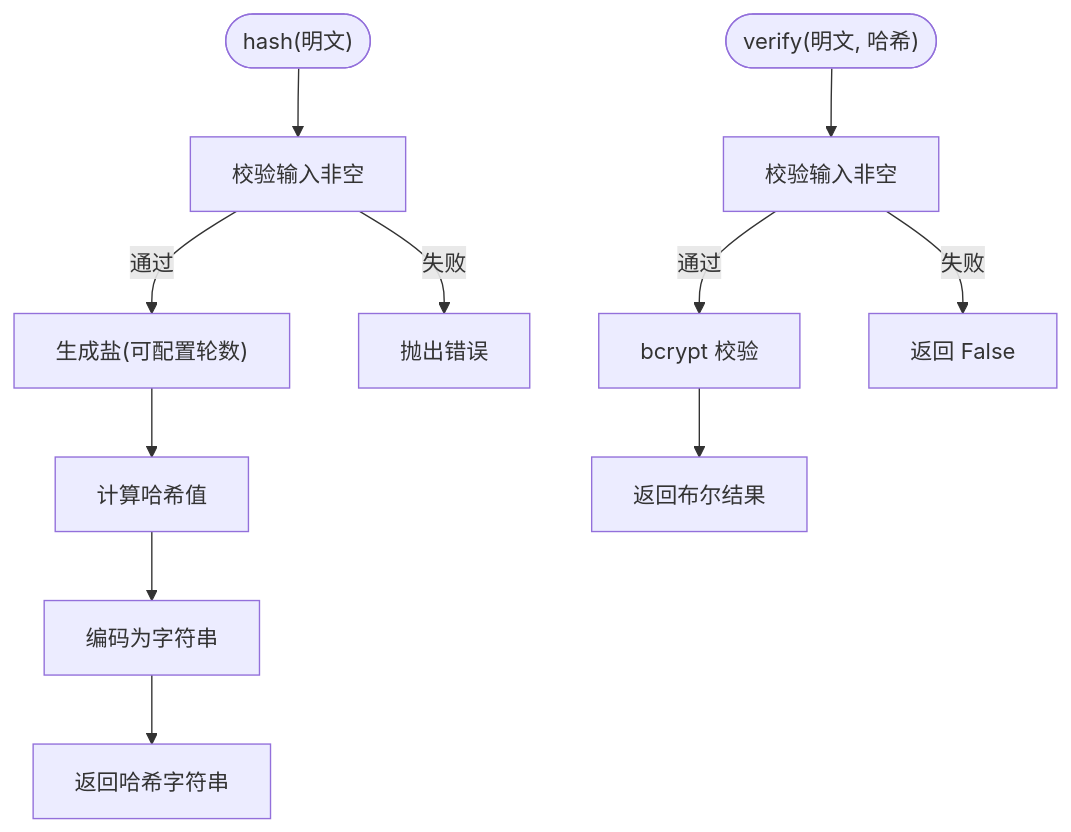
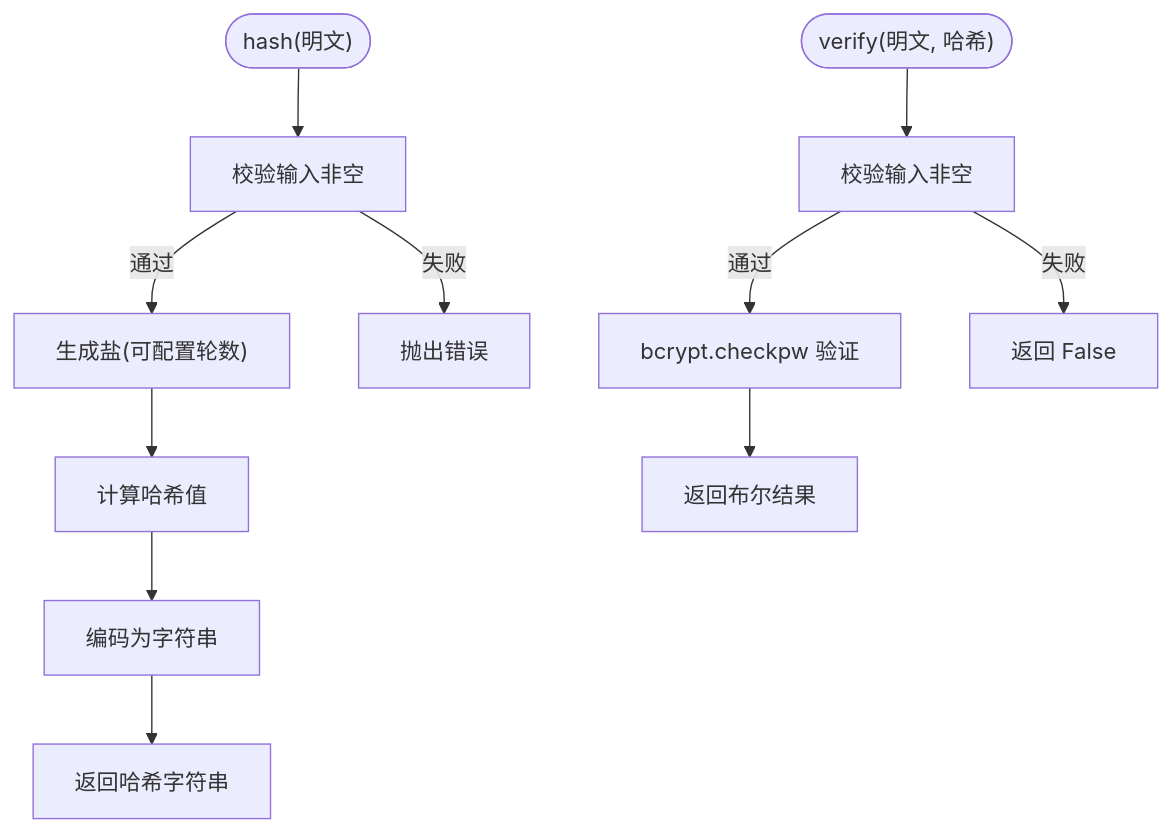
The seventh of 8 diagrams in .qoder/repowiki/zh/content/基础设施工具/加密工具.md (lilinzezzzzzz/fastapi-backend), drawn with Mermaid before and after one commit. The commit also changed other lines of this file and 38 other files, not shown here.

````diff
--- a/.qoder/repowiki/zh/content/基础设施工具/加密工具.md
+++ b/.qoder/repowiki/zh/content/基础设施工具/加密工具.md
@@ -213,13 +280,13 @@
 ```mermaid
 flowchart TD
 Start(["hash(明文)"]) --> Validate["校验输入非空"]
 Validate --> |通过| Salt["生成盐(可配置轮数)"]
 Salt --> Hash["计算哈希值"]
 Hash --> Encode["编码为字符串"]
 Encode --> Return["返回哈希字符串"]
 Validate --> |失败| Raise["抛出错误"]
-VerifyStart(["verify(明文, 哈希)"]) --> VCheck["校验输入非空"]
-VCheck --> |通过| Compare["bcrypt 校验"]
-Compare --> VResult["返回布尔结果"]
+Start2(["verify(明文, 哈希)"]) --> VCheck["校验输入非空"]
+VCheck --> |通过| Check["bcrypt.checkpw 验证"]
+Check --> VResult["返回布尔结果"]
 VCheck --> |失败| VFalse["返回 False"]
 ```
````
